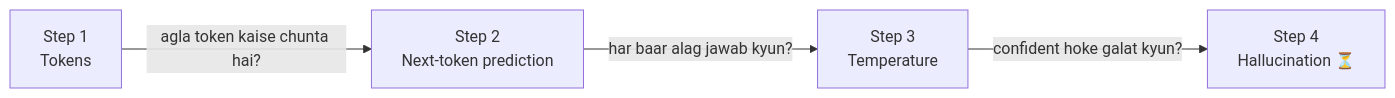
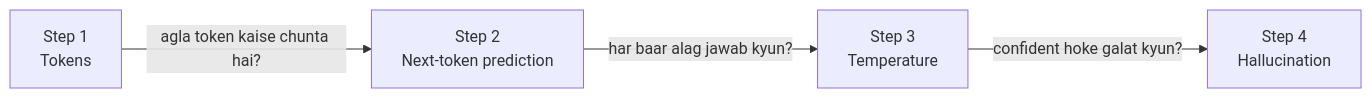
One commit to Adityaguptawebdev/Learning_AI changed the first of 6 diagrams in 02_how_llms_work/README.md. Above: the diagram before and after it, drawn with Mermaid. The commit also changed other lines of this file and 2 other files, not shown here.

Commit message:
Chapter 02: step 4 hallucination, chapter complete

````diff
--- a/02_how_llms_work/README.md
+++ b/02_how_llms_work/README.md
@@ -5,6 +5,6 @@
 ```mermaid
 flowchart LR
     S1["Step 1<br/>Tokens"] -->|"agla token kaise chunta hai?"| S2["Step 2<br/>Next-token prediction"]
     S2 -->|"har baar alag jawab kyun?"| S3["Step 3<br/>Temperature"]
-    S3 -->|"confident hoke galat kyun?"| S4["Step 4<br/>Hallucination ⏳"]
+    S3 -->|"confident hoke galat kyun?"| S4["Step 4<br/>Hallucination"]
 ```
````
